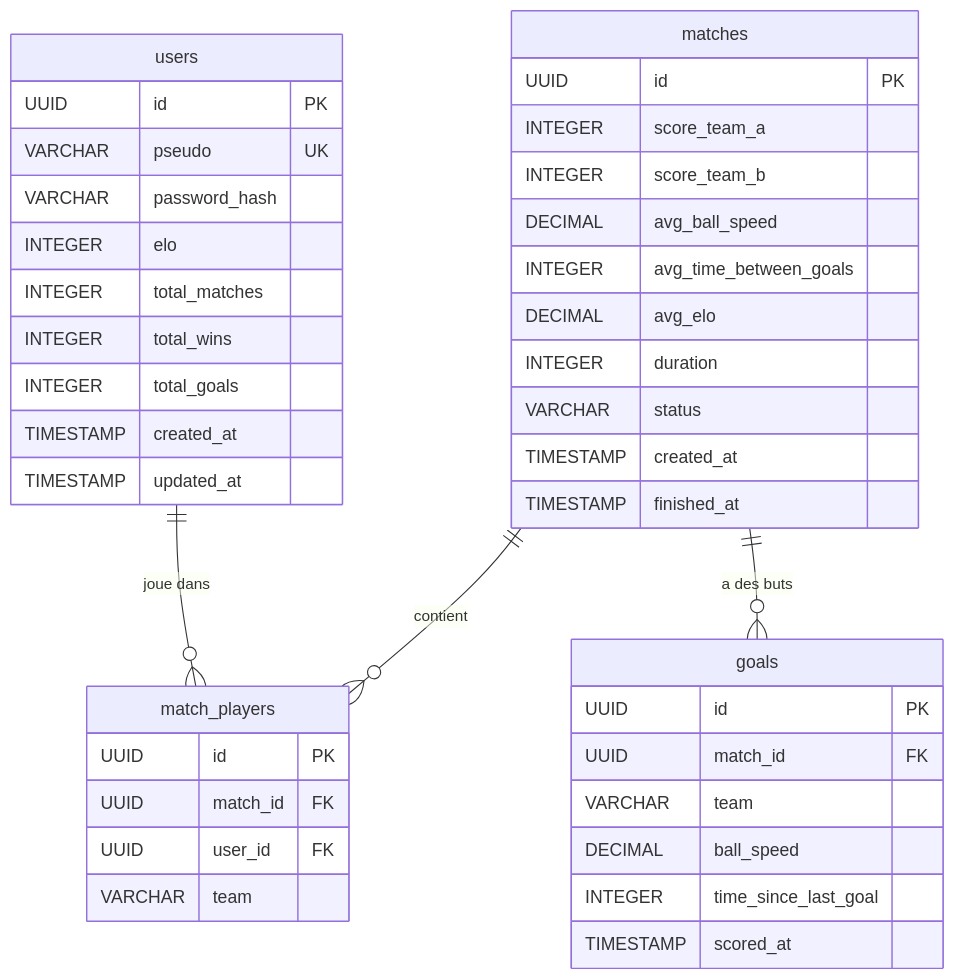
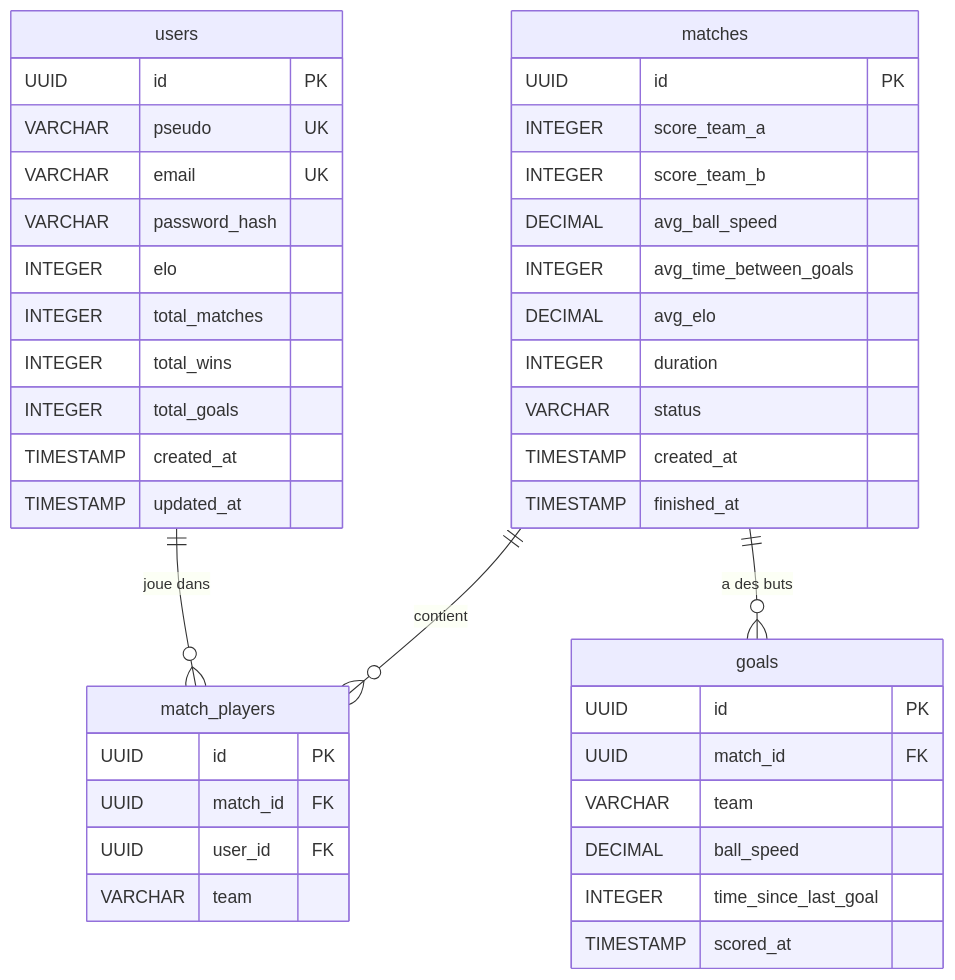
The diagram in database/schema.md (SemiSteria/BeeFootFlow_Back), drawn with Mermaid before and after one commit. The commit also changed 1 other file, not shown here.

Commit message:
feat: ajout email dans users et temps entre buts

````diff
--- a/database/schema.md
+++ b/database/schema.md
@@ -3,47 +3,48 @@
 ```mermaid
 erDiagram
     users {
         UUID id PK
         VARCHAR pseudo UK
+        VARCHAR email UK
         VARCHAR password_hash
         INTEGER elo
         INTEGER total_matches
         INTEGER total_wins
         INTEGER total_goals
         TIMESTAMP created_at
         TIMESTAMP updated_at
     }
 
     matches {
         UUID id PK
         INTEGER score_team_a
         INTEGER score_team_b
         DECIMAL avg_ball_speed
         INTEGER avg_time_between_goals
         DECIMAL avg_elo
         INTEGER duration
         VARCHAR status
         TIMESTAMP created_at
         TIMESTAMP finished_at
     }
 
     match_players {
         UUID id PK
         UUID match_id FK
         UUID user_id FK
         VARCHAR team
     }
 
     goals {
         UUID id PK
         UUID match_id FK
         VARCHAR team
         DECIMAL ball_speed
         INTEGER time_since_last_goal
         TIMESTAMP scored_at
     }
 
     users ||--o{ match_players : "joue dans"
     matches ||--o{ match_players : "contient"
     matches ||--o{ goals : "a des buts"
 ```
````
